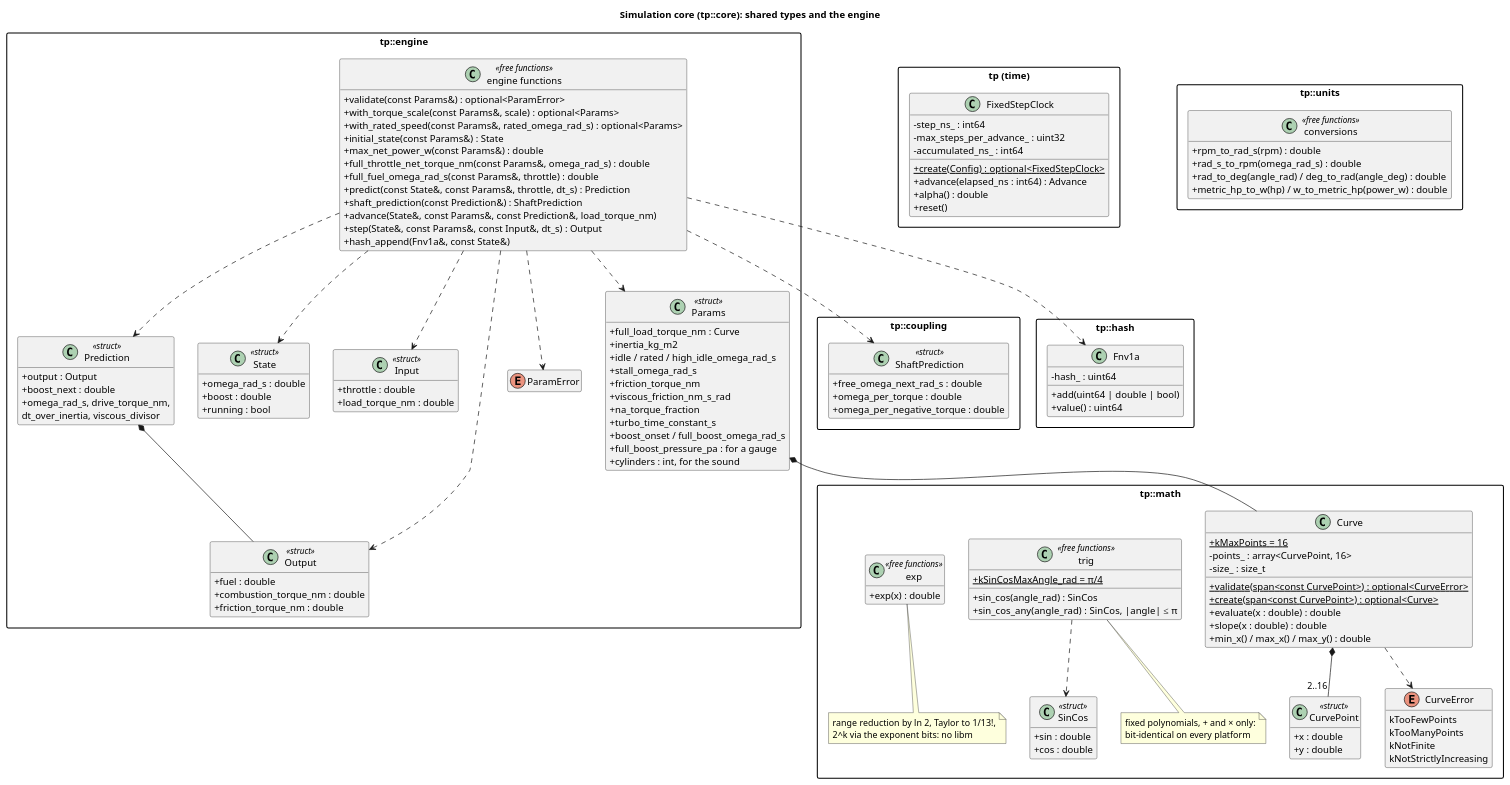
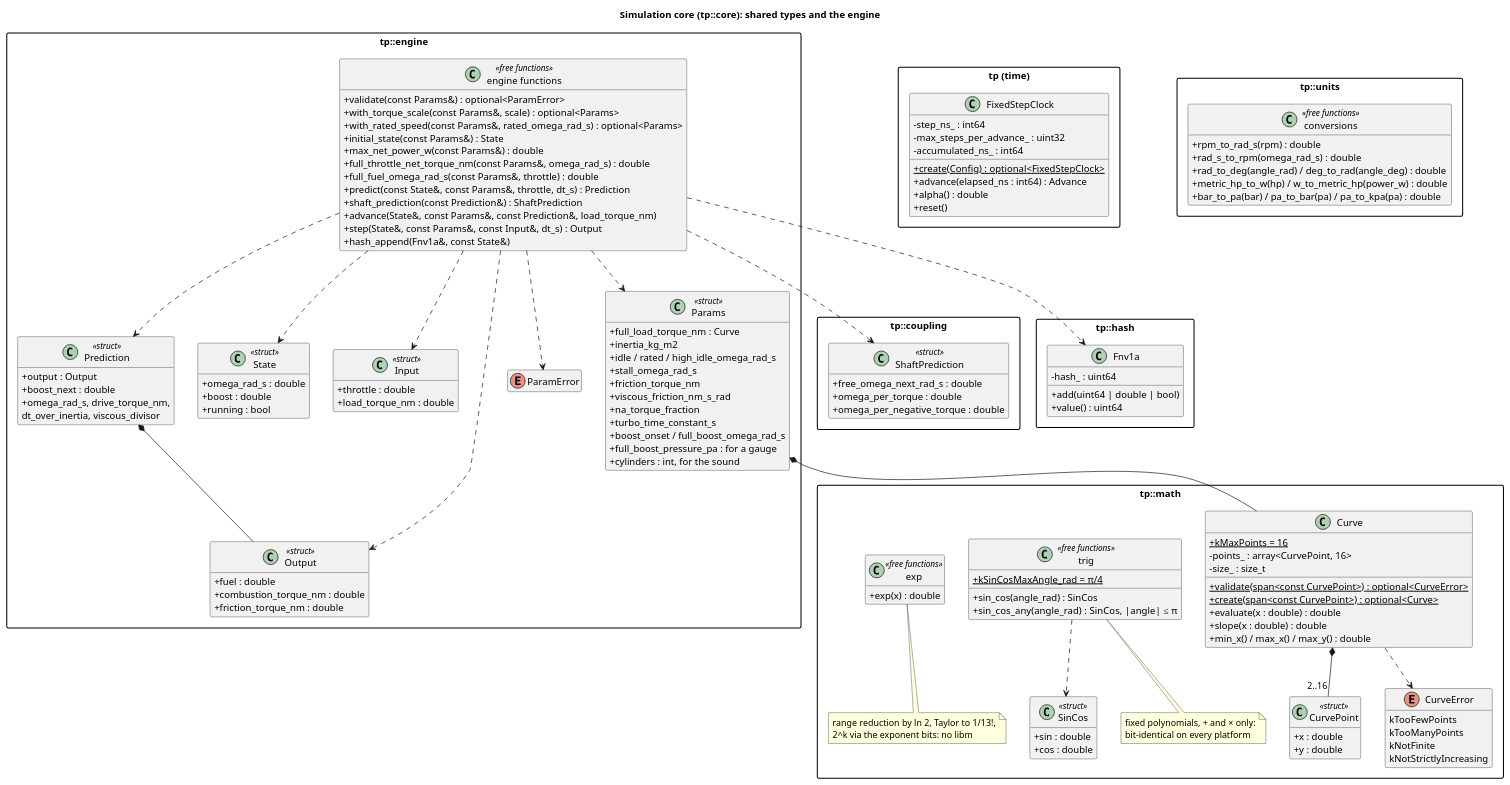
Before and after one commit to wversteeg/TractorPulling: the diagram in docs/diagrams/core_classes.puml, drawn with PlantUML. The commit also changed 7 other files, not shown here.

```diff
--- a/docs/diagrams/core_classes.puml
+++ b/docs/diagrams/core_classes.puml
@@ -1,153 +1,154 @@
 @startuml core_classes
 title Simulation core (tp::core): shared types and the engine
 hide empty members
 skinparam packageStyle rectangle
 skinparam classAttributeIconSize 0
 
   package "tp::coupling" {
     class ShaftPrediction <<struct>> {
       +free_omega_next_rad_s : double
       +omega_per_torque : double
       +omega_per_negative_torque : double
     }
   }
 
   package "tp::math" {
     class CurvePoint <<struct>> {
       +x : double
       +y : double
     }
     enum CurveError {
       kTooFewPoints
       kTooManyPoints
       kNotFinite
       kNotStrictlyIncreasing
     }
     class Curve {
       +{static} kMaxPoints = 16
       -points_ : array<CurvePoint, 16>
       -size_ : size_t
       +{static} validate(span<const CurvePoint>) : optional<CurveError>
       +{static} create(span<const CurvePoint>) : optional<Curve>
       +evaluate(x : double) : double
       +slope(x : double) : double
       +min_x() / max_x() / max_y() : double
     }
     Curve *-- "2..16" CurvePoint
     Curve ..> CurveError
     class SinCos <<struct>> {
       +sin : double
       +cos : double
     }
     class "trig" as Trig <<free functions>> {
       +{static} kSinCosMaxAngle_rad = π/4
       +sin_cos(angle_rad) : SinCos
       +sin_cos_any(angle_rad) : SinCos, |angle| ≤ π
     }
     Trig ..> SinCos
     note bottom of Trig
       fixed polynomials, + and × only:
       bit-identical on every platform
     end note
     class "exp" as Exp <<free functions>> {
       +exp(x) : double
     }
     note bottom of Exp
       range reduction by ln 2, Taylor to 1/13!,
       2^k via the exponent bits: no libm
     end note
   }
 
   package "tp::engine" {
     class Params <<struct>> {
       +full_load_torque_nm : Curve
       +inertia_kg_m2
       +idle / rated / high_idle_omega_rad_s
       +stall_omega_rad_s
       +friction_torque_nm
       +viscous_friction_nm_s_rad
       +na_torque_fraction
       +turbo_time_constant_s
       +boost_onset / full_boost_omega_rad_s
       +full_boost_pressure_pa : for a gauge
       +cylinders : int, for the sound
     }
     class State <<struct>> {
       +omega_rad_s : double
       +boost : double
       +running : bool
     }
     class Input <<struct>> {
       +throttle : double
       +load_torque_nm : double
     }
     class Output <<struct>> {
       +fuel : double
       +combustion_torque_nm : double
       +friction_torque_nm : double
     }
     enum ParamError
     class Prediction <<struct>> {
       +output : Output
       +boost_next : double
       +omega_rad_s, drive_torque_nm,
        dt_over_inertia, viscous_divisor
     }
     class "engine functions" as EngineFns <<free functions>> {
       +validate(const Params&) : optional<ParamError>
       +with_torque_scale(const Params&, scale) : optional<Params>
       +with_rated_speed(const Params&, rated_omega_rad_s) : optional<Params>
       +initial_state(const Params&) : State
       +max_net_power_w(const Params&) : double
       +full_throttle_net_torque_nm(const Params&, omega_rad_s) : double
       +full_fuel_omega_rad_s(const Params&, throttle) : double
       +predict(const State&, const Params&, throttle, dt_s) : Prediction
       +shaft_prediction(const Prediction&) : ShaftPrediction
       +advance(State&, const Params&, const Prediction&, load_torque_nm)
       +step(State&, const Params&, const Input&, dt_s) : Output
       +hash_append(Fnv1a&, const State&)
     }
     Prediction *-- Output
     EngineFns ..> Prediction
     Params *-- Curve
     EngineFns ..> Params
     EngineFns ..> State
     EngineFns ..> Input
     EngineFns ..> Output
     EngineFns ..> ParamError
   }
 
 
   EngineFns ..> ShaftPrediction
 
   package "tp::hash" {
     class Fnv1a {
       -hash_ : uint64
       +add(uint64 | double | bool)
       +value() : uint64
     }
   }
   EngineFns ..> Fnv1a
 
   package "tp (time)" {
     class FixedStepClock {
       -step_ns_ : int64
       -max_steps_per_advance_ : uint32
       -accumulated_ns_ : int64
       +{static} create(Config) : optional<FixedStepClock>
       +advance(elapsed_ns : int64) : Advance
       +alpha() : double
       +reset()
     }
   }
 
   package "tp::units" {
     class "conversions" as Units <<free functions>> {
       +rpm_to_rad_s(rpm) : double
       +rad_s_to_rpm(omega_rad_s) : double
       +rad_to_deg(angle_rad) / deg_to_rad(angle_deg) : double
       +metric_hp_to_w(hp) / w_to_metric_hp(power_w) : double
+      +bar_to_pa(bar) / pa_to_bar(pa) / pa_to_kpa(pa) : double
     }
   }
 
 @enduml
```
